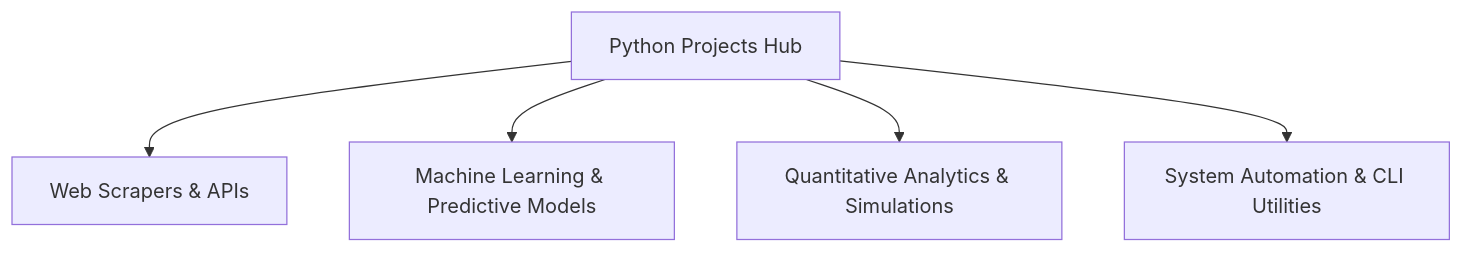
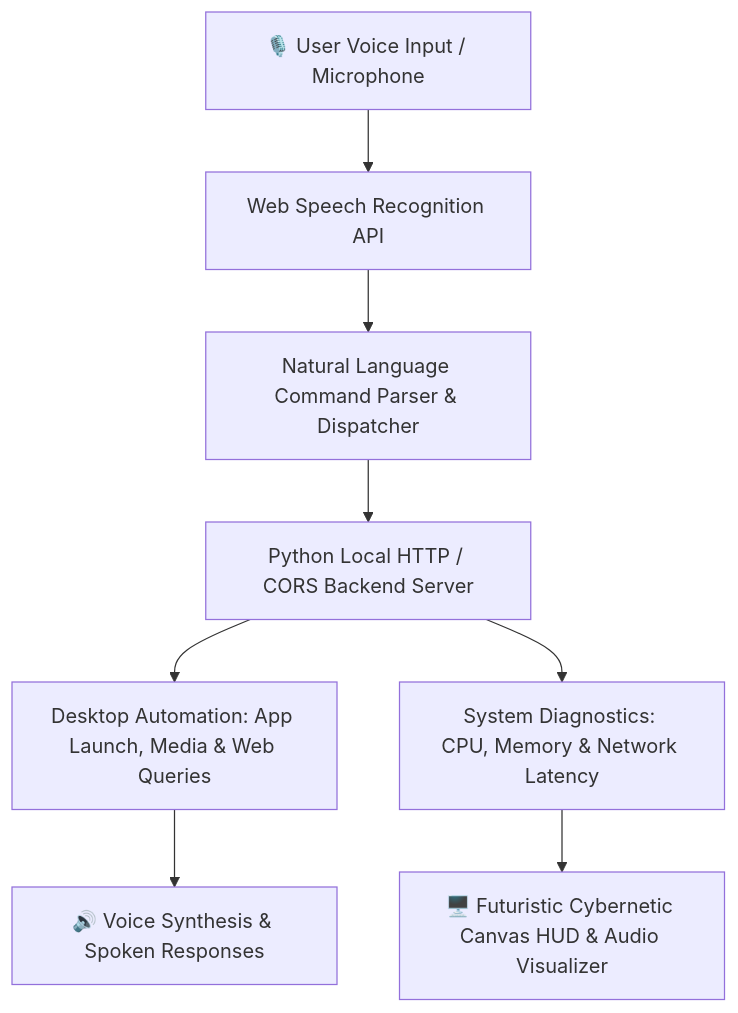
Before and after one commit to abdussatarkhan/....._python-projects_.....: the diagram in README.md, drawn with Mermaid. The commit also changed other lines of this file, not shown here.

Commit message:
docs(readme): rewrite documentation for software engineering & desktop systems architecture

````diff
--- a/README.md
+++ b/README.md
@@ -22,7 +23,10 @@
 ```mermaid
 graph TD
-    Root[Python Projects Hub] --> Web[Web Scrapers & APIs]
-    Root --> ML[Machine Learning & Predictive Models]
-    Root --> Quant[Quantitative Analytics & Simulations]
-    Root --> Automation[System Automation & CLI Utilities]
+    Mic[🎙️ User Voice Input / Microphone] --> SpeechAPI[Web Speech Recognition API]
+    SpeechAPI --> Parser[Natural Language Command Parser & Dispatcher]
+    Parser --> PythonServer[Python Local HTTP / CORS Backend Server]
+    PythonServer --> SysActions[Desktop Automation: App Launch, Media & Web Queries]
+    PythonServer --> Telemetry[System Diagnostics: CPU, Memory & Network Latency]
+    SysActions --> TTS[🔊 Voice Synthesis & Spoken Responses]
+    Telemetry --> HUD[🖥️ Futuristic Cybernetic Canvas HUD & Audio Visualizer]
 ```
````
